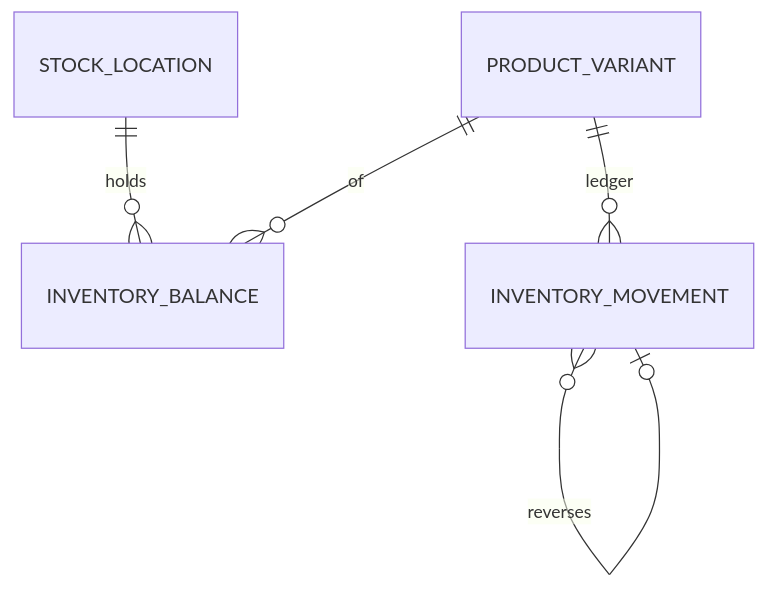
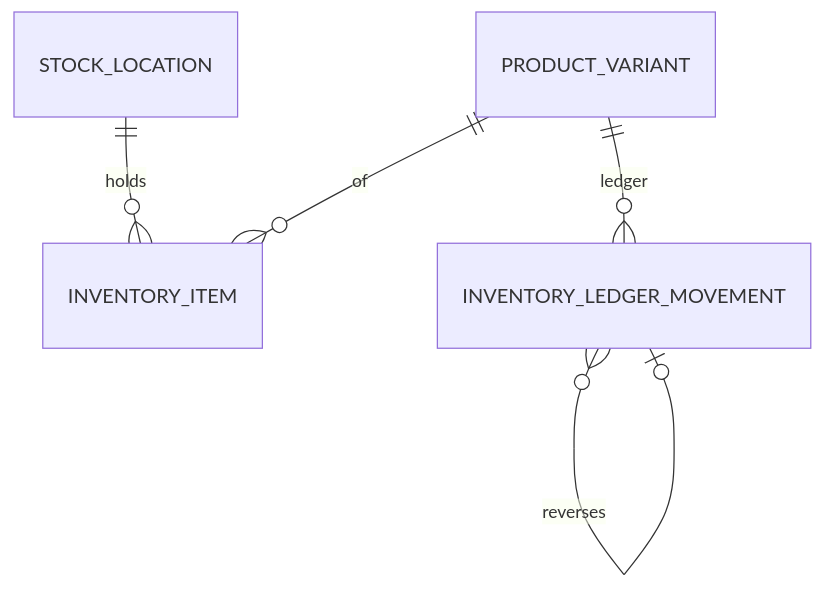
Before and after one commit to danielcavalcantepb/rescript: the diagram in docs/database/InventoryModel.md, drawn with Mermaid. The commit also changed other lines of this file and 18 other files, not shown here.

````diff
--- a/docs/database/InventoryModel.md
+++ b/docs/database/InventoryModel.md
@@ -83,7 +83,7 @@
 ```mermaid
 erDiagram
-    STOCK_LOCATION ||--o{ INVENTORY_BALANCE : holds
-    PRODUCT_VARIANT ||--o{ INVENTORY_BALANCE : of
-    PRODUCT_VARIANT ||--o{ INVENTORY_MOVEMENT : ledger
-    INVENTORY_MOVEMENT }o--o| INVENTORY_MOVEMENT : reverses
+    STOCK_LOCATION ||--o{ INVENTORY_ITEM : holds
+    PRODUCT_VARIANT ||--o{ INVENTORY_ITEM : of
+    PRODUCT_VARIANT ||--o{ INVENTORY_LEDGER_MOVEMENT : ledger
+    INVENTORY_LEDGER_MOVEMENT }o--o| INVENTORY_LEDGER_MOVEMENT : reverses
 ```
````
